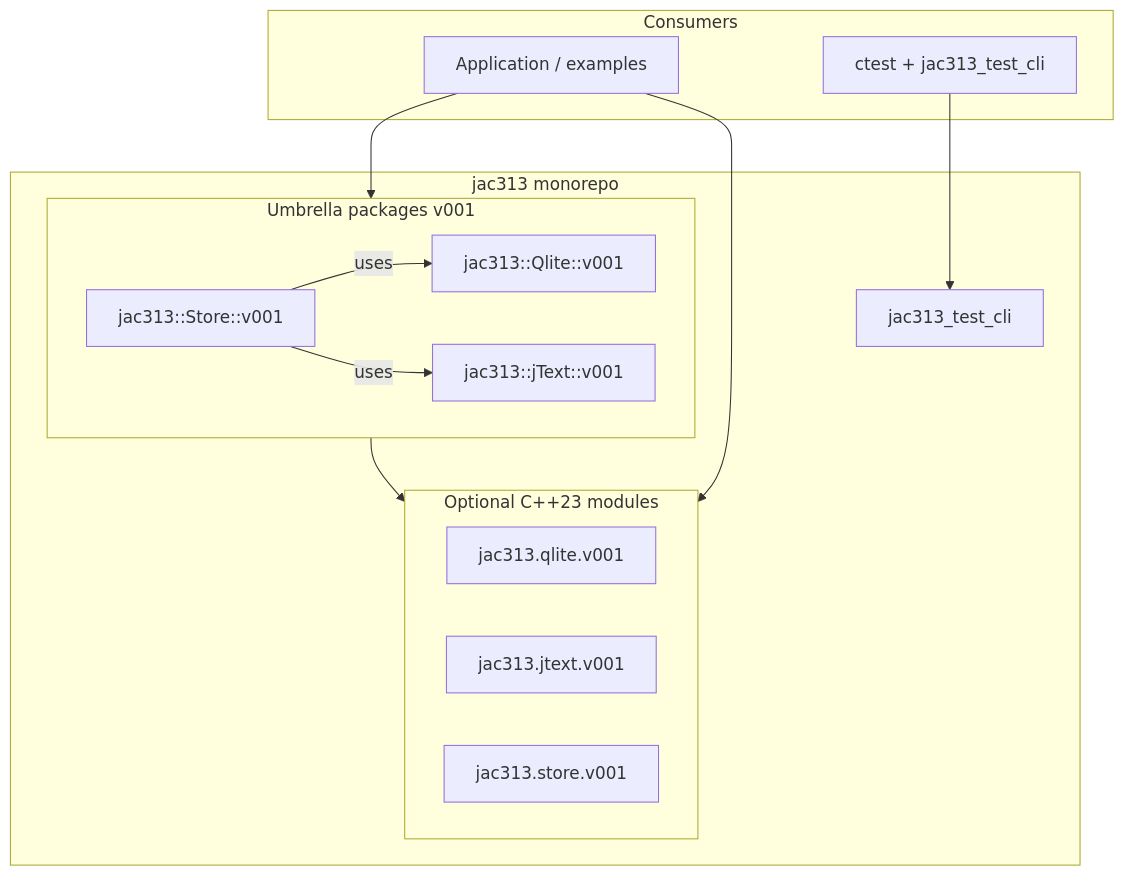
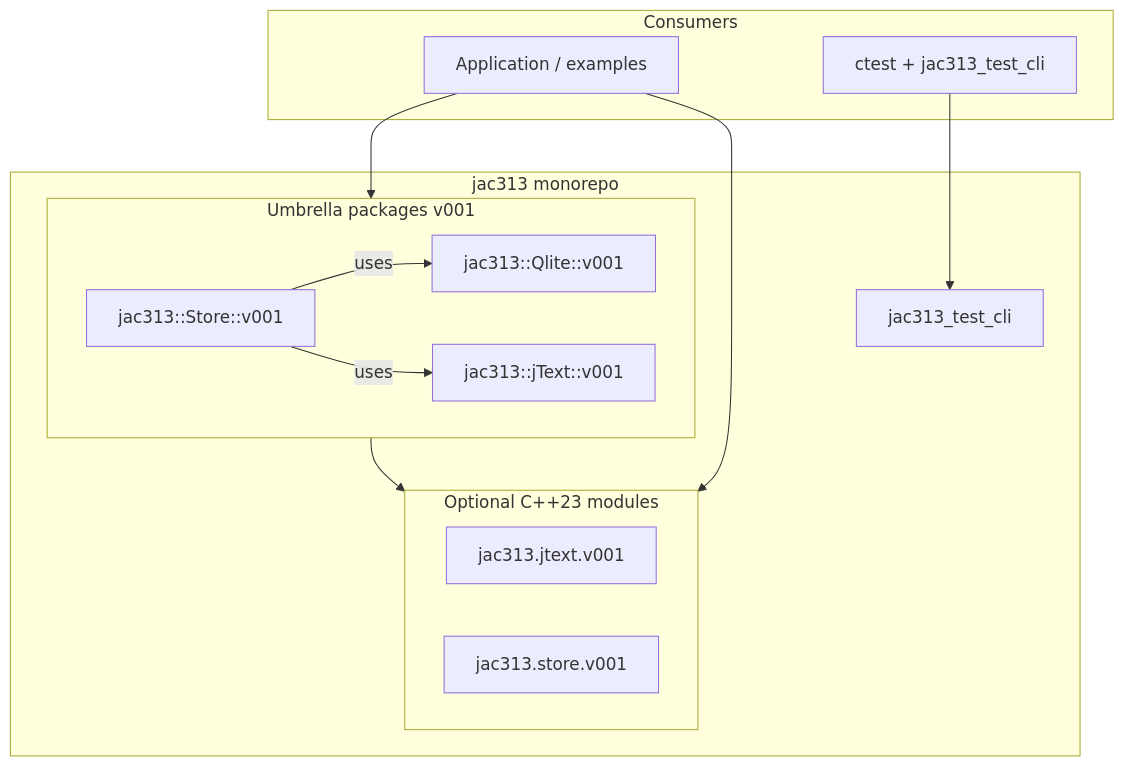
One commit to JayACarlsonAtHome/jac313 changed the first of 2 diagrams in v001/docs/Architecture.md. Above: the diagram before and after it, drawn with Mermaid. The commit also changed other lines of this file and 90 other files, not shown here.

First line of the commit message:
Get Qlite through jText; remove jac313's own Qlite; bump Store

````diff
--- a/v001/docs/Architecture.md
+++ b/v001/docs/Architecture.md
@@ -49,26 +49,25 @@
 ```mermaid
 flowchart TB
     subgraph consumers [Consumers]
         APP[Application / examples]
         TEST[ctest + jac313_test_cli]
     end
     subgraph jac313 [jac313 monorepo]
         subgraph umbrellas [Umbrella packages v001]
             QL[jac313::Qlite::v001]
             JT[jac313::jText::v001]
             ST[jac313::Store::v001]
         end
         subgraph modules [Optional C++23 modules]
-            QM[jac313.qlite.v001]
             JM[jac313.jtext.v001]
             SM[jac313.store.v001]
         end
         CLI[jac313_test_cli]
     end
     APP --> umbrellas
     APP --> modules
     TEST --> CLI
     umbrellas --> modules
     ST -->|uses| JT
     ST -->|uses| QL
 ```
````
